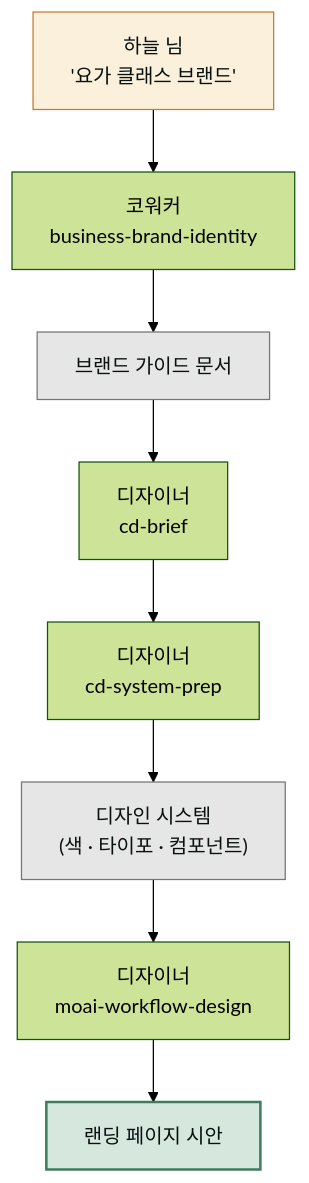
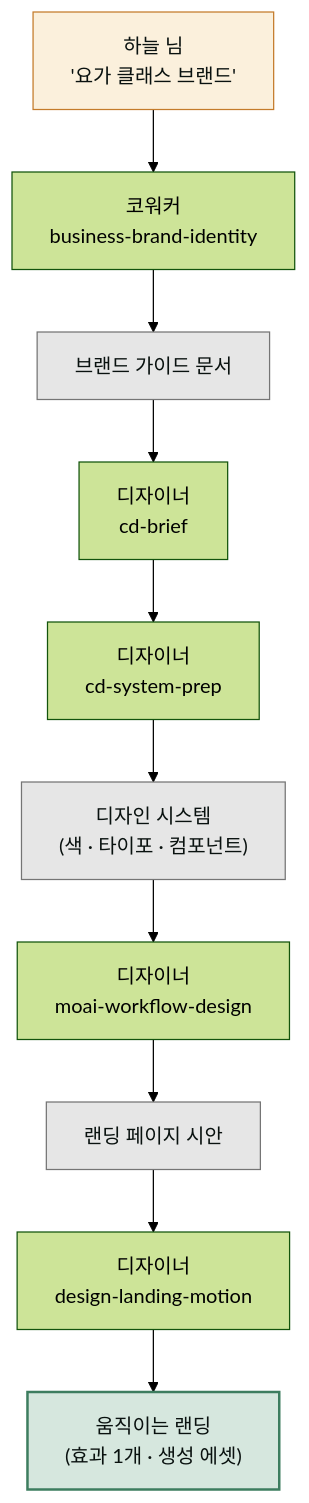
Before and after one commit to modu-ai/cowork-plugins: the diagram in www/content/cookbook/projects/brand-to-landing.md, drawn with Mermaid (forest theme). The commit also changed other lines of this file and 2 other files, not shown here.

First line of the commit message:
docs(www): finish propagating design-landing-motion through the online docs

````diff
--- a/www/content/cookbook/projects/brand-to-landing.md
+++ b/www/content/cookbook/projects/brand-to-landing.md
@@ -53,15 +63,18 @@
 ```mermaid
 flowchart TD
    U["하늘 님<br/>'요가 클래스 브랜드'"] --> W1["코워커<br/>business-brand-identity"]
    W1 --> R1["브랜드 가이드 문서"]
    R1 --> D1["디자이너<br/>cd-brief"]
    D1 --> D2["디자이너<br/>cd-system-prep"]
    D2 --> R2["디자인 시스템<br/>(색 · 타이포 · 컴포넌트)"]
    R2 --> D3["디자이너<br/>moai-workflow-design"]
-   D3 --> OUT["랜딩 페이지 시안"]
+   D3 --> R3["랜딩 페이지 시안"]
+   R3 --> D4["디자이너<br/>design-landing-motion"]
+   D4 --> OUT["움직이는 랜딩<br/>(효과 1개 · 생성 에셋)"]
 
    style U fill:#fbf0dc,stroke:#c47b2a,color:#09110f
    style R1 fill:#e6e6e6,stroke:#757575,color:#09110f
    style R2 fill:#e6e6e6,stroke:#757575,color:#09110f
+   style R3 fill:#e6e6e6,stroke:#757575,color:#09110f
    style OUT fill:#d6e7de,stroke:#3d7d5f,stroke-width:2px,color:#09110f
 ```
````
